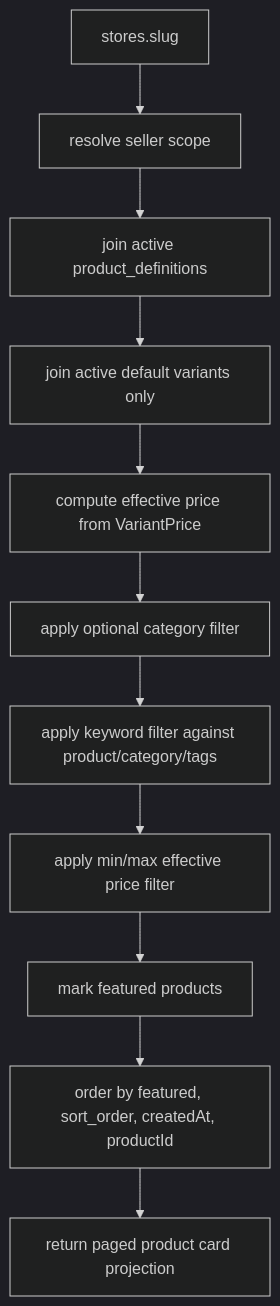
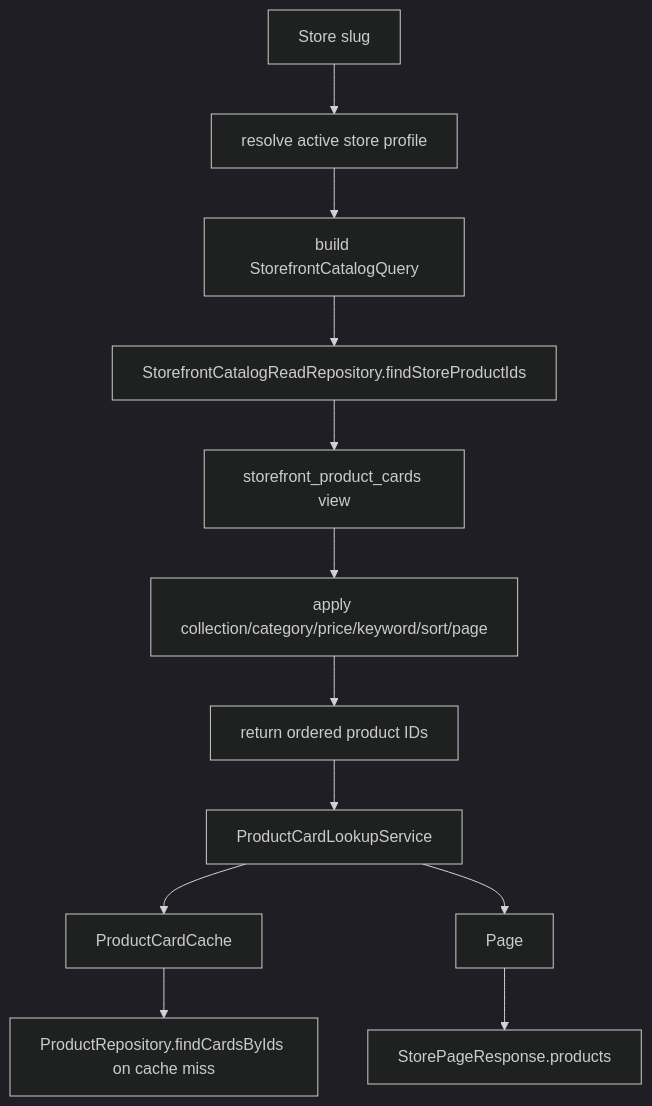
The fourth of 8 diagrams in documentation/12-seller-store-uml.md (mohammadAlhajeen/bun_commerce-public), drawn with Mermaid (dark theme) before and after one commit. The commit also changed other lines of this file and 29 other files, not shown here.

````diff
--- a/documentation/12-seller-store-uml.md
+++ b/documentation/12-seller-store-uml.md
@@ -205,13 +223,14 @@
 ```mermaid
 flowchart TD
-    A["stores.slug"] --> B["resolve seller scope"]
-    B --> C["join active product_definitions"]
-    C --> D["join active default variants only"]
-    D --> E["compute effective price from VariantPrice"]
-    E --> F["apply optional category filter"]
-    F --> G["apply keyword filter against product/category/tags"]
-    G --> H["apply min/max effective price filter"]
-    H --> I["mark featured products"]
-    I --> J["order by featured, sort_order, createdAt, productId"]
-    J --> K["return paged product card projection"]
+    A["Store slug"] --> B["resolve active store profile"]
+    B --> C["build StorefrontCatalogQuery"]
+    C --> D["StorefrontCatalogReadRepository.findStoreProductIds"]
+    D --> E["storefront_product_cards view"]
+    E --> F["apply collection/category/price/keyword/sort/page"]
+    F --> G["return ordered product IDs"]
+    G --> H["ProductCardLookupService"]
+    H --> I["ProductCardCache"]
+    I --> J["ProductRepository.findCardsByIds on cache miss"]
+    H --> K["Page<ProductCard>"]
+    K --> L["StorePageResponse.products"]
 ```
````
